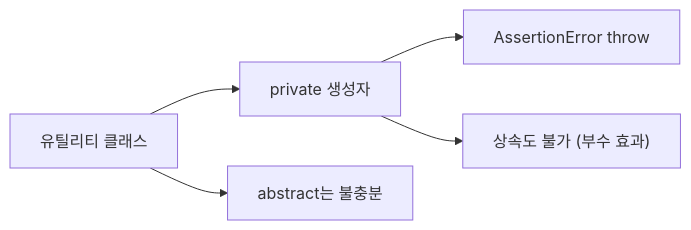
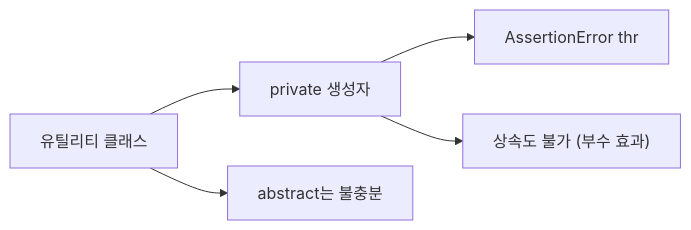
The second of 2 diagrams in _posts/java/2021-12-19-effective-java4.md (yjkim2015/yjkim2015.github.io), drawn with Mermaid before and after one commit. The commit also changed 245 other files, not shown here.

First line of the commit message:
Mermaid 다이어그램 전면 수정 + 면접 포인트 접기/펼치기 + DB 데드락 페이지

````diff
--- a/_posts/java/2021-12-19-effective-java4.md
+++ b/_posts/java/2021-12-19-effective-java4.md
@@ -154,7 +154,7 @@
 ```mermaid
 graph LR
     A["유틸리티 클래스"] --> B["private 생성자"]
-    B --> C["AssertionError throw"]
+    B --> C["AssertionError thr"]
     B --> D["상속도 불가 (부수 효과)"]
     A --> E["abstract는 불충분"]
 ```
````
